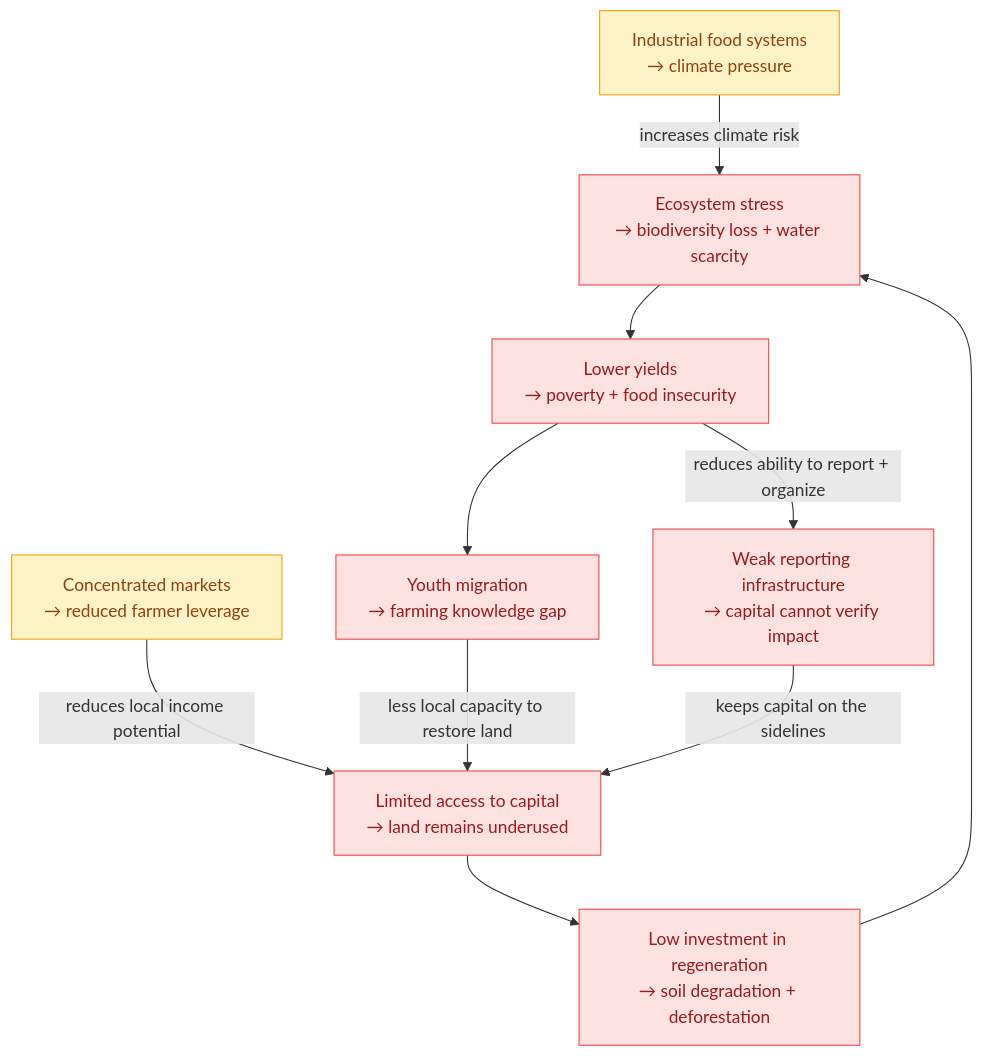
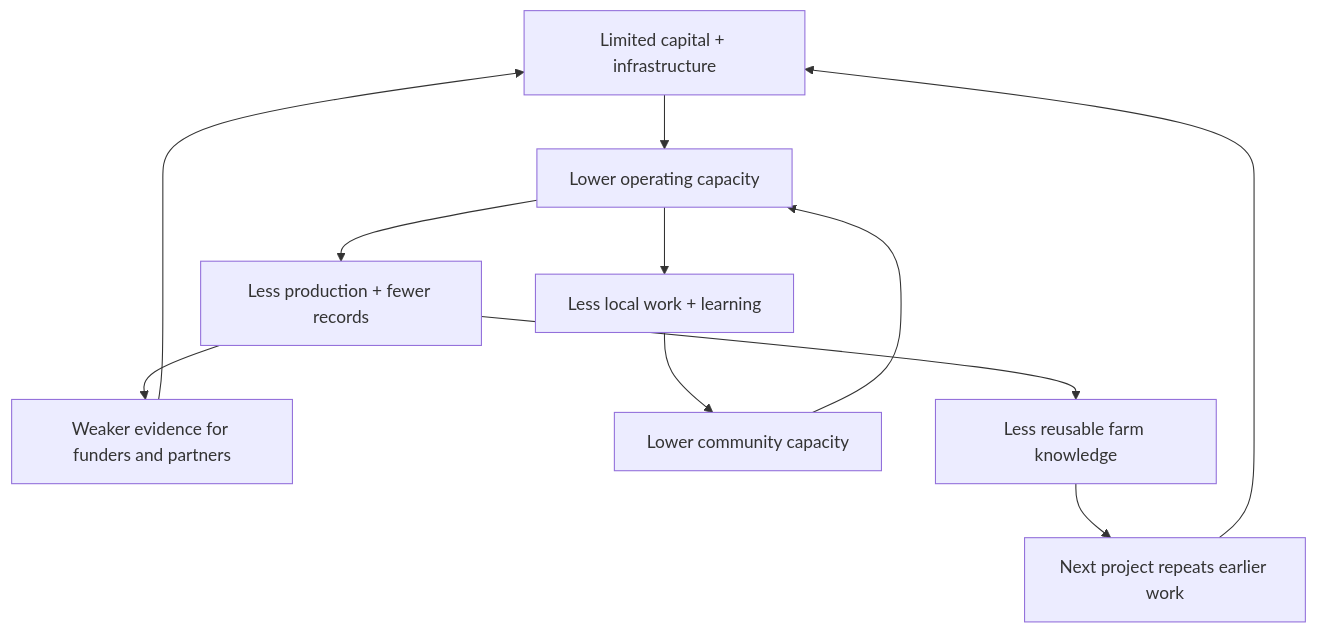
One commit to wasalo/Kokonut-Public-Site changed the diagram in ecosystem-wiki/kokonut-101/problem.mdx. Above: the diagram before and after it, drawn with Mermaid. The commit also changed other lines of this file, not shown here.

````diff
--- a/ecosystem-wiki/kokonut-101/problem.mdx
+++ b/ecosystem-wiki/kokonut-101/problem.mdx
@@ -125,33 +237,15 @@
 ```mermaid
 flowchart TD
-    F["Industrial food systems\n→ climate pressure"]
-    G["Concentrated markets\n→ reduced farmer leverage"]
+    A["Limited capital + infrastructure"] --> B["Lower operating capacity"]
+    B --> C["Less production + fewer records"]
+    C --> D["Weaker evidence for funders and partners"]
+    D --> A
 
-    A["Limited access to capital\n→ land remains underused"]
-    B["Low investment in regeneration\n→ soil degradation + deforestation"]
-    C["Ecosystem stress\n→ biodiversity loss + water scarcity"]
-    D["Lower yields\n→ poverty + food insecurity"]
-    E["Youth migration\n→ farming knowledge gap"]
-    H["Weak reporting infrastructure\n→ capital cannot verify impact"]
+    B --> E["Less local work + learning"]
+    E --> F["Lower community capacity"]
+    F --> B
 
-    F -->|"increases climate risk"| C
-    G -->|"reduces local income potential"| A
-
-    A --> B
-    B --> C
-    C --> D
-    D --> E
-    E -->|"less local capacity to restore land"| A
-    H -->|"keeps capital on the sidelines"| A
-    D -->|"reduces ability to report + organize"| H
-
-    style A fill:#fee2e2,stroke:#ef4444,color:#991b1b
-    style B fill:#fee2e2,stroke:#ef4444,color:#991b1b
-    style C fill:#fee2e2,stroke:#ef4444,color:#991b1b
-    style D fill:#fee2e2,stroke:#ef4444,color:#991b1b
-    style E fill:#fee2e2,stroke:#ef4444,color:#991b1b
-    style H fill:#fee2e2,stroke:#ef4444,color:#991b1b
-
-    style F fill:#fef3c7,stroke:#f59e0b,color:#92400e
-    style G fill:#fef3c7,stroke:#f59e0b,color:#92400e
+    C --> G["Less reusable farm knowledge"]
+    G --> H["Next project repeats earlier work"]
+    H --> A
 ```
````
